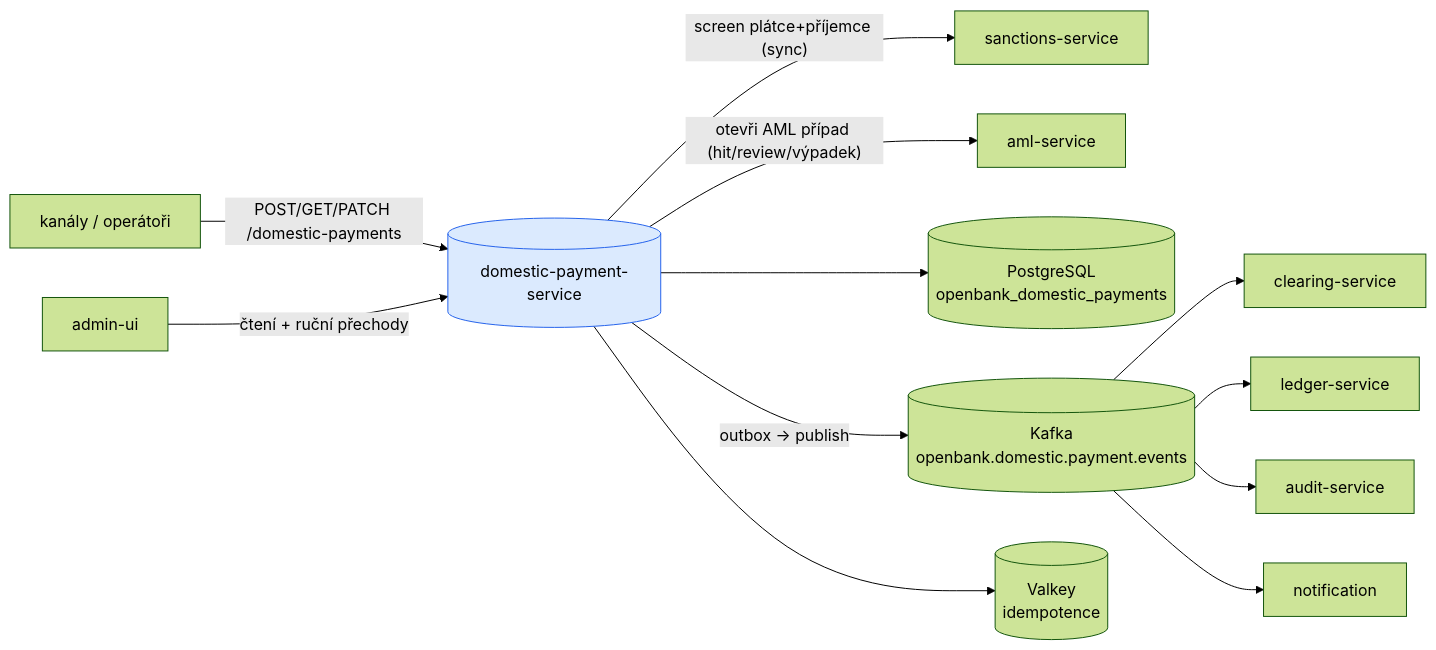
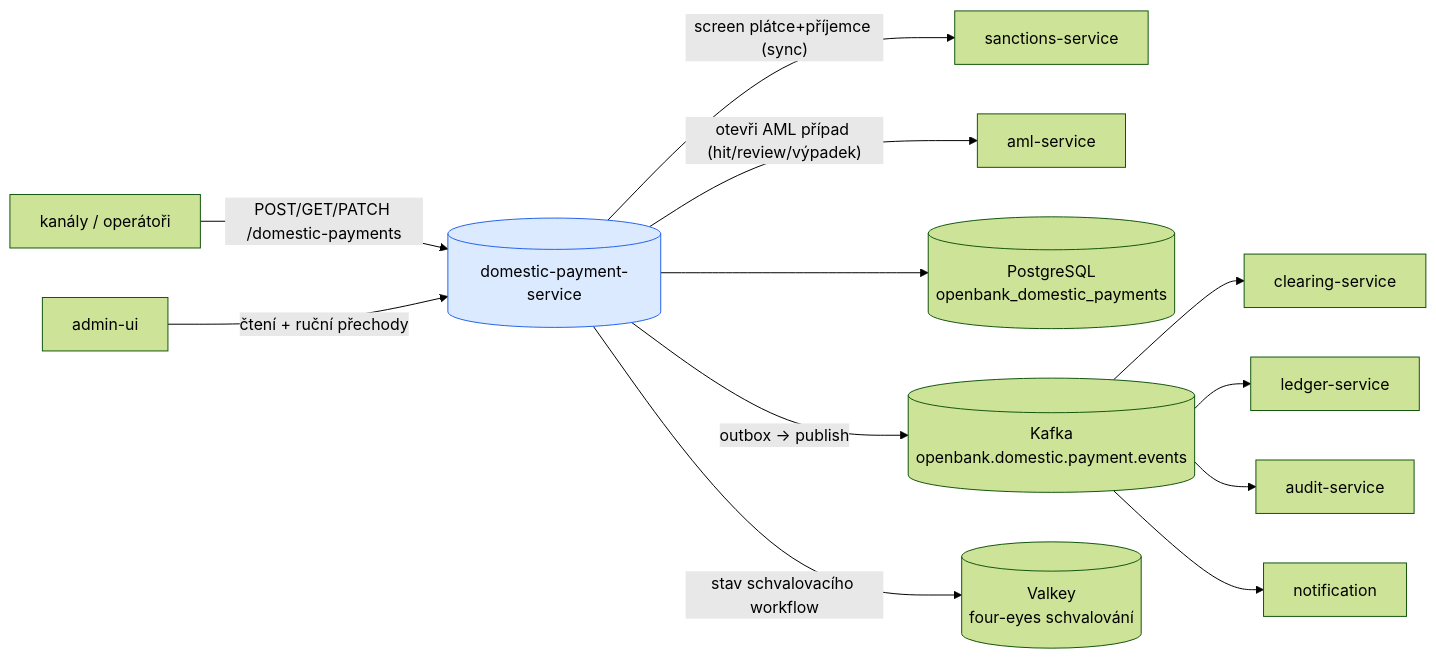
Before and after one commit to JiRaska/open-bank-oss: the first of 4 diagrams in openbank-domestic-payment/src/main/resources/docs/02-architecture.cs.md, drawn with Mermaid (forest theme). The commit also changed other lines of this file and 74 other files, not shown here.

````diff
--- a/openbank-domestic-payment/src/main/resources/docs/02-architecture.cs.md
+++ b/openbank-domestic-payment/src/main/resources/docs/02-architecture.cs.md
@@ -5,32 +5,32 @@
 ```mermaid
 graph LR
   ch[kanály / operátoři]
   admin[admin-ui]
   sanc[sanctions-service]
   aml[aml-service]
   clr[clearing-service]
   led[ledger-service]
   audit[audit-service]
   notif[notification]
 
   dp[(domestic-payment-service)]:::svc
   db[(PostgreSQL<br/>openbank_domestic_payments)]
   kafka[(Kafka<br/>openbank.domestic.payment.events)]
-  redis[(Valkey<br/>idempotence)]
+  redis[(Valkey<br/>four-eyes schvalování)]
 
   ch -- "POST/GET/PATCH /domestic-payments" --> dp
   admin -- "čtení + ruční přechody" --> dp
   dp -- "screen plátce+příjemce (sync)" --> sanc
   dp -- "otevři AML případ (hit/review/výpadek)" --> aml
 
   dp --> db
   dp -- "outbox → publish" --> kafka
-  dp --> redis
+  dp -- "stav schvalovacího workflow" --> redis
 
   kafka --> clr
   kafka --> led
   kafka --> audit
   kafka --> notif
 
   classDef svc fill:#dbeafe,stroke:#2563eb
 ```
````
